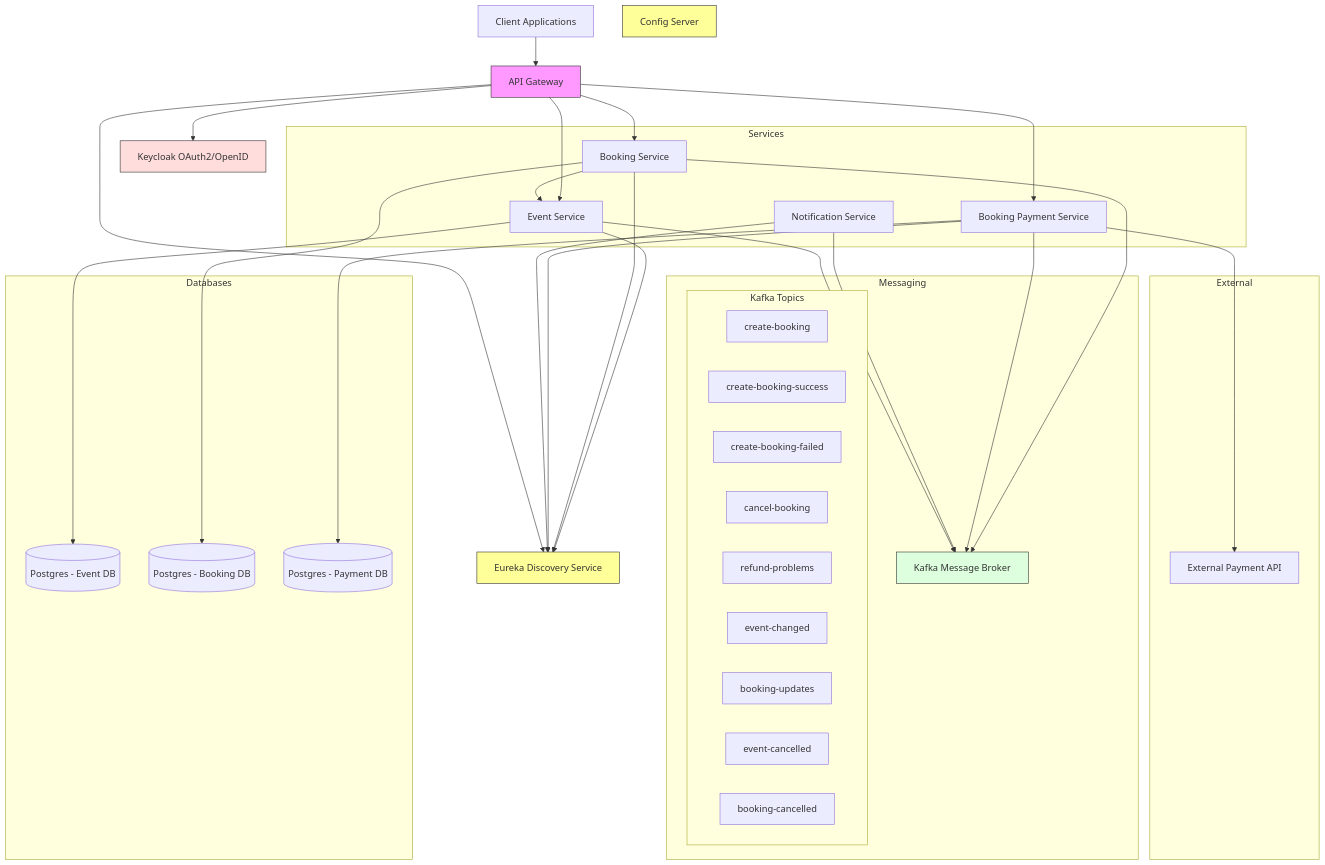
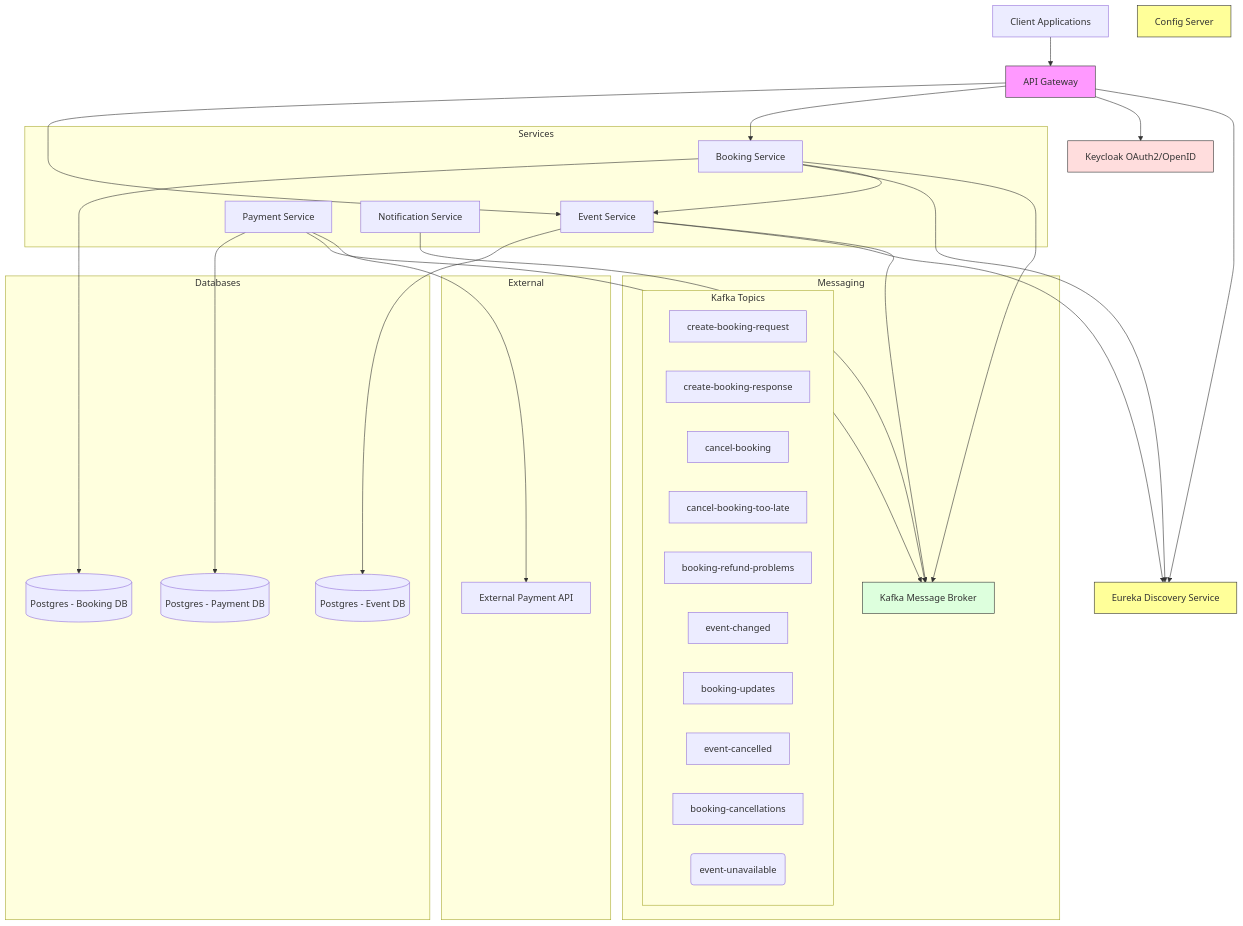
One commit to piper1970/event-booking-microservice changed the diagram in system-architecture.mermaid. Above: the diagram before and after it, drawn with Mermaid. The commit also changed 31 other files, not shown here.

Commit message:
Updated diagrams for new kafka paths and topics. Added booking avro messages.

```diff
--- a/system-architecture.mermaid
+++ b/system-architecture.mermaid
@@ -1,71 +1,69 @@
 graph TB
     Client[Client Applications]
     Gateway[API Gateway]
     Config[Config Server]
     Eureka[Eureka Discovery Service]
     Keycloak[Keycloak OAuth2/OpenID]
     
     subgraph Services
         EventService[Event Service]
         BookingService[Booking Service]
-        BookingPaymentService[Booking Payment Service]
+        PaymentService[Payment Service]
         NotificationService[Notification Service]
     end
     
     subgraph Databases
         EventDB[(Postgres - Event DB)]
         BookingDB[(Postgres - Booking DB)]
         PaymentDB[(Postgres - Payment DB)]
     end
     
     subgraph Messaging
         Kafka[Kafka Message Broker]
         
         subgraph Kafka Topics
-            topic1[create-booking]
-            topic2[create-booking-success]
-            topic3[create-booking-failed]
-            topic4[cancel-booking]
-            topic5[refund-problems]
+            topic1[create-booking-request]
+            topic2[create-booking-response]
+            topic3[cancel-booking]
+            topic4[cancel-booking-too-late]
+            topic5[booking-refund-problems]
             topic6[event-changed]
             topic7[booking-updates]
             topic8[event-cancelled]
-            topic9[booking-cancelled]
+            topic9[booking-cancellations]
+            topic10(event-unavailable)
         end
     end
     
     subgraph External
         PaymentAPI[External Payment API]
     end
     
     Client --> Gateway
     Gateway --> EventService
     Gateway --> BookingService
-    Gateway --> BookingPaymentService
     
     Gateway --> Keycloak
     
     EventService --> EventDB
     BookingService --> BookingDB
-    BookingPaymentService --> PaymentDB
+    PaymentService --> PaymentDB
     
     EventService --> Eureka
     BookingService --> Eureka
-    BookingPaymentService --> Eureka
-    NotificationService --> Eureka
     Gateway --> Eureka
     
     BookingService --> EventService
     
     BookingService --> Kafka
-    BookingPaymentService --> Kafka
+    PaymentService --> Kafka
     NotificationService --> Kafka
     EventService --> Kafka
     
-    BookingPaymentService --> PaymentAPI
+    PaymentService --> PaymentAPI
     
     style Gateway fill:#f9f,stroke:#333
     style Eureka fill:#ff9,stroke:#333
     style Config fill:#ff9,stroke:#333
     style Kafka fill:#dfd,stroke:#333
     style Keycloak fill:#fdd,stroke:#333
```
